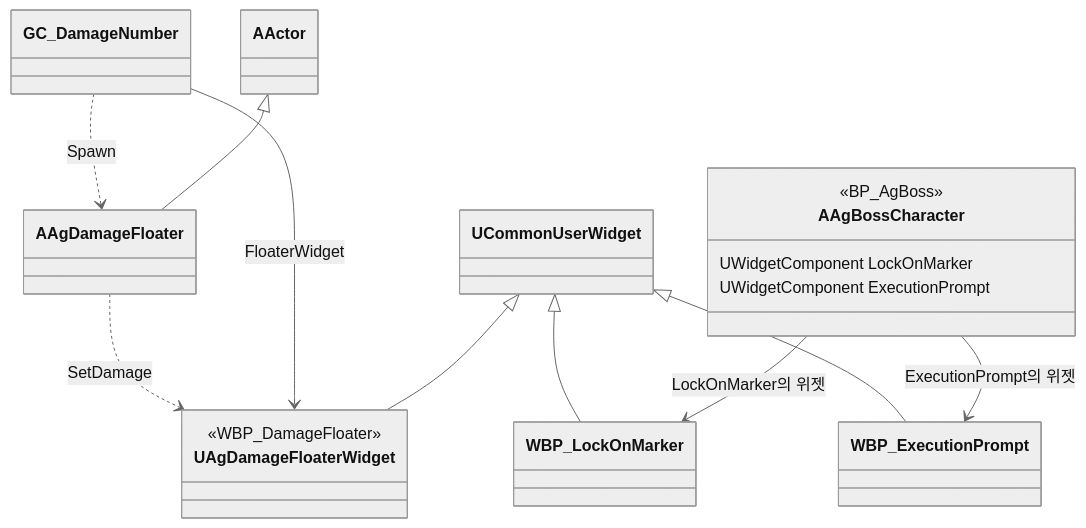
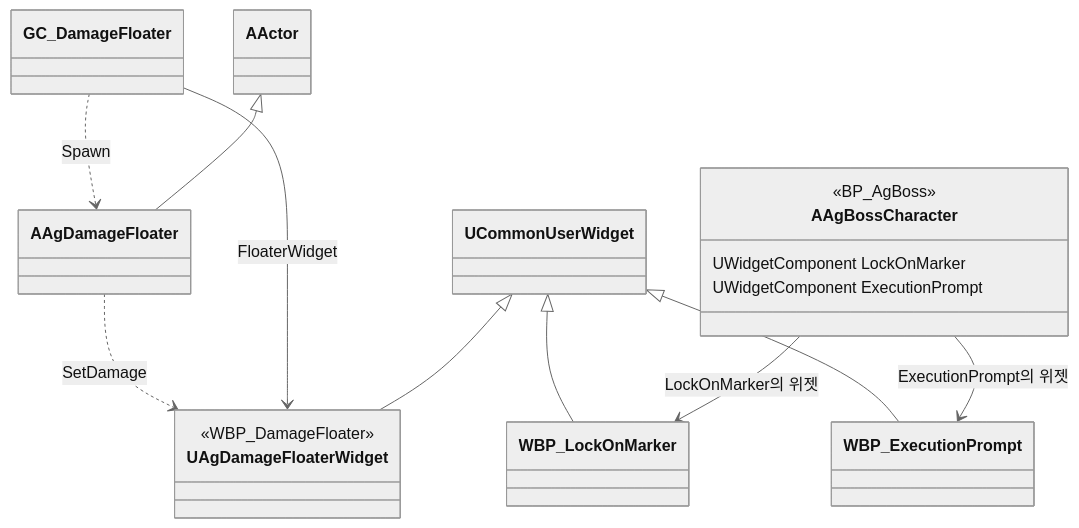
One commit to Woogl/Ag changed the fourth of 4 diagrams in Docs/Program/카메라, HUD, 화면 UI, 게임 플로우.md. Above: the diagram before and after it, drawn with Mermaid (neutral theme). The commit also changed other lines of this file and 15 other files, not shown here.

````diff
--- a/Docs/Program/카메라, HUD, 화면 UI, 게임 플로우.md
+++ b/Docs/Program/카메라, HUD, 화면 UI, 게임 플로우.md
@@ -144,21 +144,21 @@
 ```mermaid
 classDiagram
     direction TB
     class AAgBossCharacter {
         <<BP_AgBoss>>
         UWidgetComponent LockOnMarker
         UWidgetComponent ExecutionPrompt
     }
     class UAgDamageFloaterWidget {
         <<WBP_DamageFloater>>
     }
-    GC_DamageNumber ..> AAgDamageFloater : Spawn
+    GC_DamageFloater ..> AAgDamageFloater : Spawn
     AActor <|-- AAgDamageFloater
     AAgDamageFloater ..> UAgDamageFloaterWidget : SetDamage
-    GC_DamageNumber --> UAgDamageFloaterWidget : FloaterWidget
+    GC_DamageFloater --> UAgDamageFloaterWidget : FloaterWidget
     UCommonUserWidget <|-- UAgDamageFloaterWidget
     UCommonUserWidget <|-- WBP_LockOnMarker
     UCommonUserWidget <|-- WBP_ExecutionPrompt
     AAgBossCharacter --> WBP_LockOnMarker : LockOnMarker의 위젯
     AAgBossCharacter --> WBP_ExecutionPrompt : ExecutionPrompt의 위젯
 ```
````
